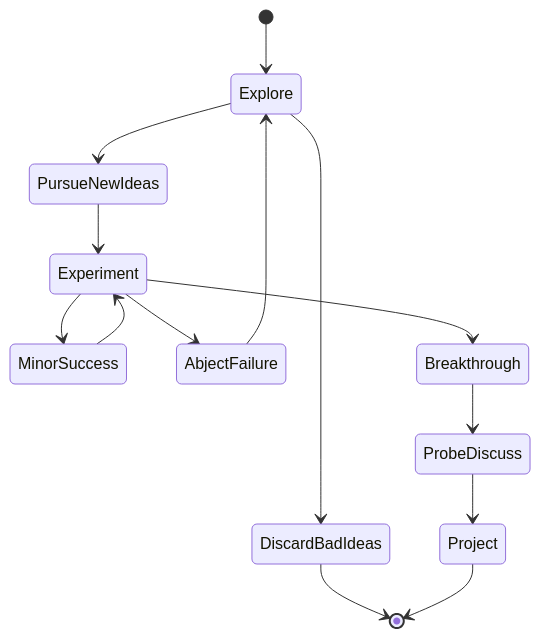
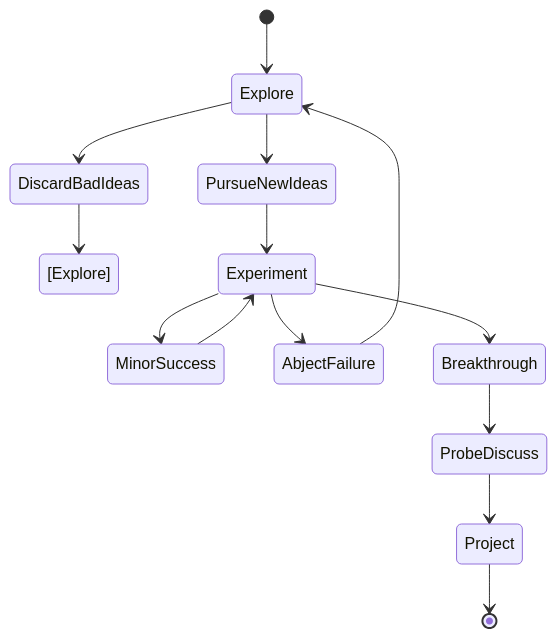
One commit to feloundou/personal-page changed the first of 2 diagrams in content/post/my-first-post.md. Above: the diagram before and after it, drawn with Mermaid. The commit also changed other lines of this file, not shown here.

````diff
--- a/content/post/my-first-post.md
+++ b/content/post/my-first-post.md
@@ -12,18 +12,18 @@
 ```mermaid
 stateDiagram
 [*] --> Explore
 Explore --> PursueNewIdeas
 Explore --> DiscardBadIdeas
-DiscardBadIdeas --> [*]
+DiscardBadIdeas --> [Explore]
 PursueNewIdeas --> Experiment
 Experiment --> MinorSuccess
 Experiment --> AbjectFailure
 Experiment --> Breakthrough
 AbjectFailure --> Explore
 MinorSuccess --> Experiment
 Breakthrough --> ProbeDiscuss
 ProbeDiscuss --> Project
 Project --> [*]
 
 
 ```
````
